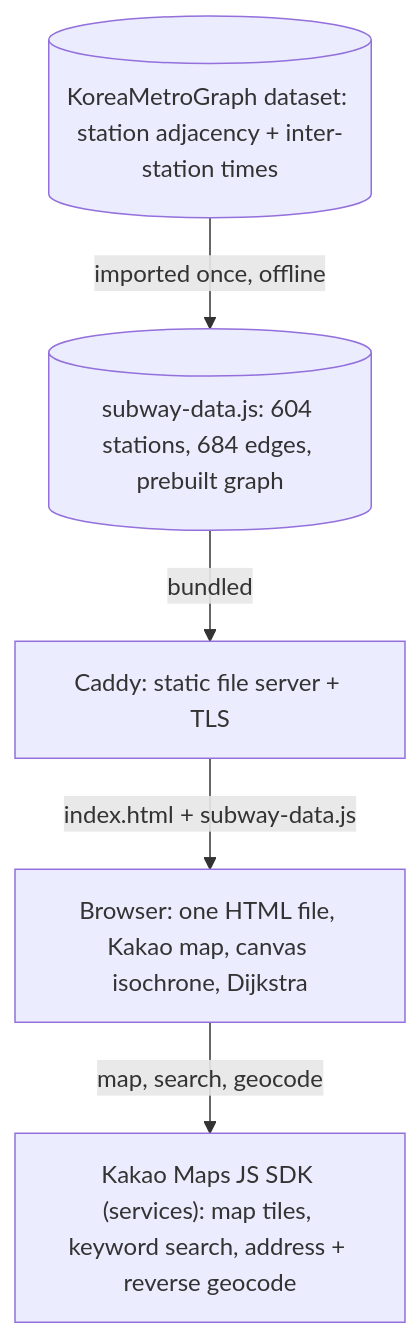
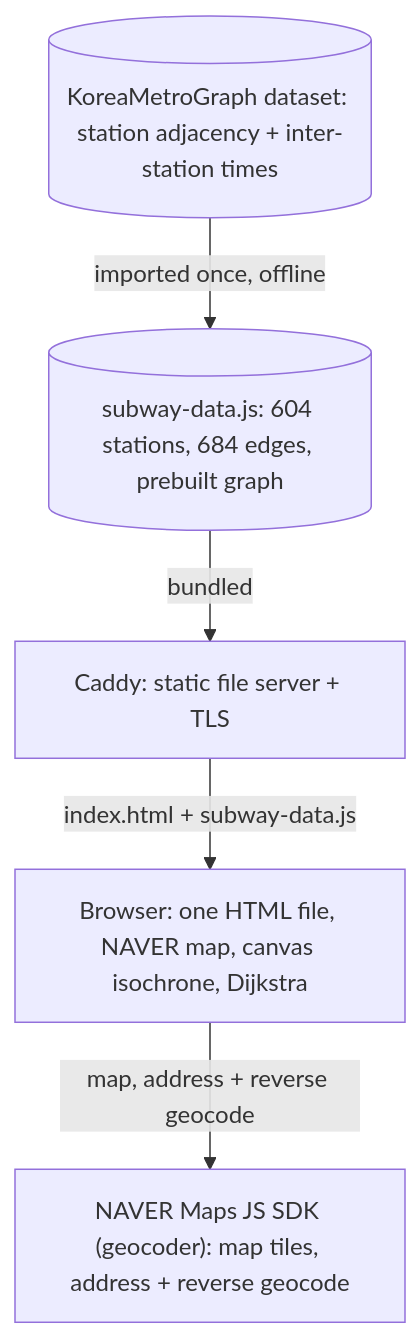
The first of 2 diagrams in README.md (ClayborneYeounjunLee/tonggeun), drawn with Mermaid before and after one commit. The commit also changed other lines of this file and 1 other file, not shown here.

First line of the commit message:
Switch the map from Kakao to NAVER and add a dark basemap

````diff
--- a/README.md
+++ b/README.md
@@ -25,13 +25,13 @@
 ```mermaid
 flowchart TD
     SRC[("KoreaMetroGraph dataset: station adjacency + inter-station times")]
     DATA[("subway-data.js: 604 stations, 684 edges, prebuilt graph")]
     C["Caddy: static file server + TLS"]
-    U["Browser: one HTML file, Kakao map, canvas isochrone, Dijkstra"]
-    KM["Kakao Maps JS SDK (services): map tiles, keyword search, address + reverse geocode"]
+    U["Browser: one HTML file, NAVER map, canvas isochrone, Dijkstra"]
+    KM["NAVER Maps JS SDK (geocoder): map tiles, address + reverse geocode"]
 
     SRC -->|imported once, offline| DATA
     DATA -->|bundled| C
     C -->|index.html + subway-data.js| U
-    U -->|map, search, geocode| KM
+    U -->|map, address + reverse geocode| KM
 ```
````
